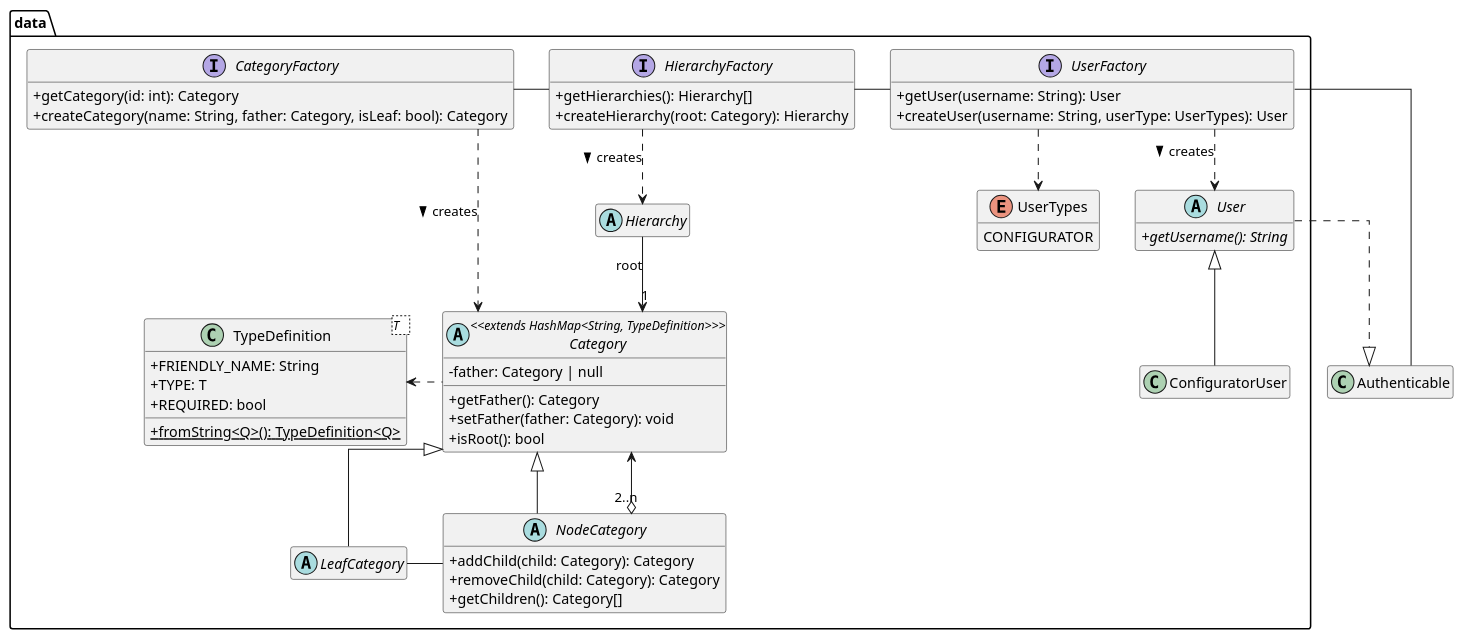
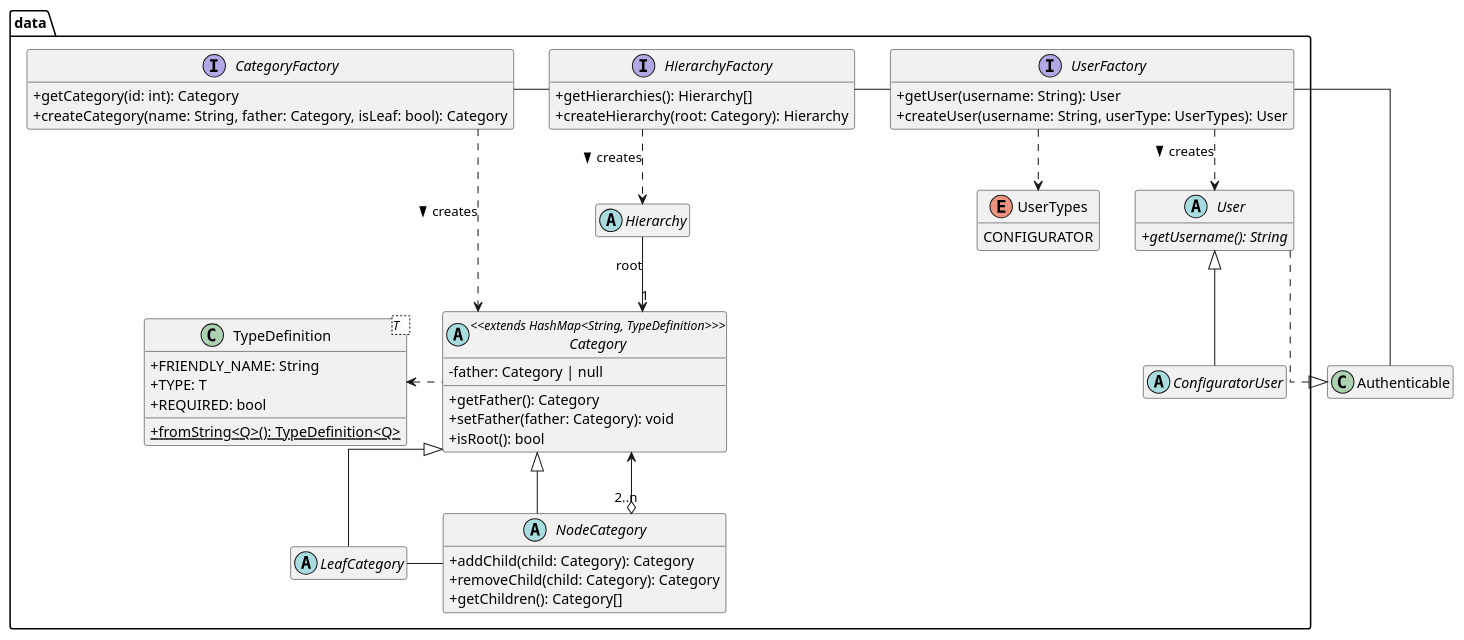
One commit to Matlice/ing_sw_2022 changed the diagram in DOC/VER1/diagrams/class/class_diagram_data.puml. Above: the diagram before and after it, drawn with PlantUML. The commit also changed 11 other files, not shown here.

```diff
--- a/DOC/VER1/diagrams/class/class_diagram_data.puml
+++ b/DOC/VER1/diagrams/class/class_diagram_data.puml
@@ -1,78 +1,79 @@
 @startuml
 
 skinparam ClassAttributeIconSize 0
 'skinparam groupInheritance 2
 skinparam linetype ortho
 hide empty members
 
 package data #FFFFFF {
 
     interface CategoryFactory {
         + getCategory(id: int): Category
         + createCategory(name: String, father: Category, isLeaf: bool): Category
     }
 
     interface HierarchyFactory {
         + getHierarchies(): Hierarchy[]
         + createHierarchy(root: Category): Hierarchy
     }
 
     interface UserFactory {
         + getUser(username: String): User
         + createUser(username: String, userType: UserTypes): User
     }
 
     enum UserTypes {
         CONFIGURATOR
     }
 
     abstract class Category <<extends HashMap<String, TypeDefinition>>> {
         - father: Category | null
         
         + getFather(): Category
         + setFather(father: Category): void
         + isRoot(): bool
     }
 
     class TypeDefinition<T   > {
         + FRIENDLY_NAME: String
         + TYPE: T
         + REQUIRED: bool
         + {static} fromString<Q>(): TypeDefinition<Q>
     }
+    
     abstract class Hierarchy {}
 
     abstract class User {
         + {abstract} getUsername(): String
     }
 
-    class ConfiguratorUser extends User {}
+    abstract class ConfiguratorUser extends User {}
 
     abstract class NodeCategory extends Category {
         + addChild(child: Category): Category
         + removeChild(child: Category): Category
         + getChildren(): Category[]
     }
     
     abstract class LeafCategory extends Category {}
 
 }
 
 User ..|> Authenticable
 
 'Category --> "0..1" Category: father
 Hierarchy --> "1" Category: root
 NodeCategory "2..n" o--> Category
 
 Category .left.> TypeDefinition
 
 CategoryFactory .down.> Category: creates >
 HierarchyFactory .down.> Hierarchy: creates >
 UserFactory .down.> User: creates >
 UserFactory ..> UserTypes
 
 HierarchyFactory -left- CategoryFactory
 UserFactory -left- HierarchyFactory
 LeafCategory -right- NodeCategory
 Authenticable -left- UserFactory
 @enduml
```
